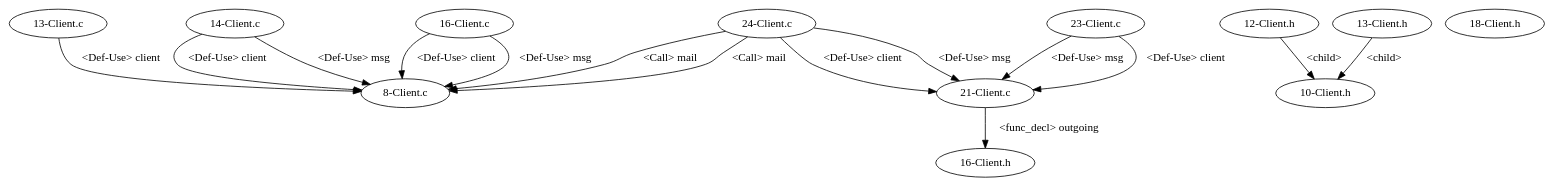
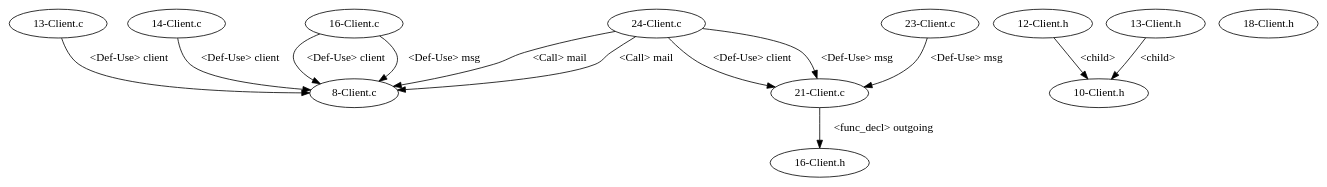
Before and after one commit to shuiblue/JDimeForCpp: the diagram in testcpp/dependencyGraph/EmailSystem/test_11/graph.gv, drawn with Graphviz. The commit also changed 8 other files, not shown here.

```diff
--- a/testcpp/dependencyGraph/EmailSystem/test_11/graph.gv
+++ b/testcpp/dependencyGraph/EmailSystem/test_11/graph.gv
@@ -1,28 +1,26 @@
 digraph {
-1 [label = "8-Client.c"];
-2 [label = "13-Client.c"];
-2 -> 1[label="<Def-Use> client"];
-3 [label = "14-Client.c"];
-3 -> 1[label="<Def-Use> client"];
-3 -> 1[label="<Def-Use> msg"];
-4 [label = "16-Client.c"];
-4 -> 1[label="<Def-Use> client"];
-4 -> 1[label="<Def-Use> msg"];
-5 [label = "21-Client.c"];
-6 [label = "23-Client.c"];
-6 -> 5[label="<Def-Use> msg"];
-6 -> 5[label="<Def-Use> client"];
-7 [label = "24-Client.c"];
-7 -> 1[label="<Call> mail"];
-7 -> 5[label="<Def-Use> client"];
-7 -> 5[label="<Def-Use> msg"];
-8 [label = "10-Client.h"];
-9 [label = "12-Client.h"];
-10 [label = "13-Client.h"];
-9 -> 8[label="<child>"];
-10 -> 8[label="<child>"];
-11 [label = "16-Client.h"];
-12 [label = "18-Client.h"];
-7 -> 1[label="<Call> mail"];
-5 -> 11[label="<func_decl> outgoing"];
+10 [label = "8-Client.c"];
+11 [label = "13-Client.c"];
+11 -> 10[label="<Def-Use> client"];
+12 [label = "14-Client.c"];
+12 -> 10[label="<Def-Use> client"];
+13 [label = "16-Client.c"];
+13 -> 10[label="<Def-Use> client"];
+13 -> 10[label="<Def-Use> msg"];
+14 [label = "21-Client.c"];
+15 [label = "23-Client.c"];
+15 -> 14[label="<Def-Use> msg"];
+16 [label = "24-Client.c"];
+16 -> 10[label="<Call> mail"];
+16 -> 14[label="<Def-Use> client"];
+16 -> 14[label="<Def-Use> msg"];
+17 [label = "10-Client.h"];
+18 [label = "12-Client.h"];
+19 [label = "13-Client.h"];
+18 -> 17[label="<child>"];
+19 -> 17[label="<child>"];
+20 [label = "16-Client.h"];
+21 [label = "18-Client.h"];
+16 -> 10[label="<Call> mail"];
+14 -> 20[label="<func_decl> outgoing"];
 }
```
